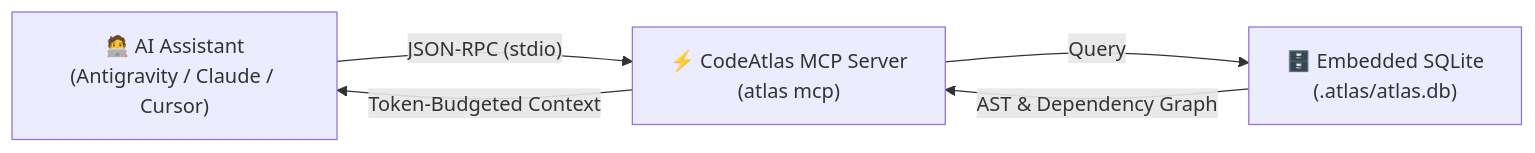
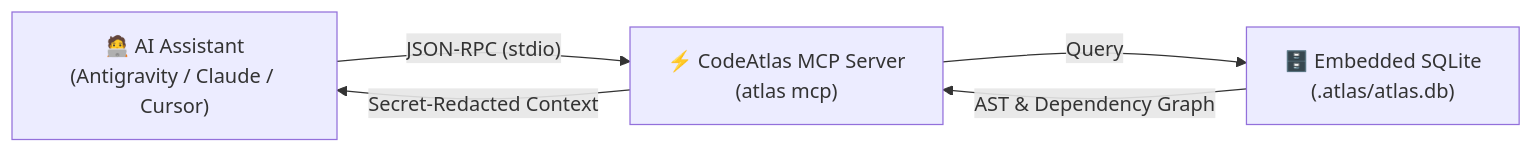
Before and after one commit to shditz/codeatlas: the diagram in apps/docs/guide/mcp.md, drawn with Mermaid. The commit also changed other lines of this file and 95 other files, not shown here.

````diff
--- a/apps/docs/guide/mcp.md
+++ b/apps/docs/guide/mcp.md
@@ -11,7 +11,7 @@
 ```mermaid
 flowchart LR
     A["🧑‍💻 AI Assistant<br/>(Antigravity / Claude / Cursor)"] -- "JSON-RPC (stdio)" --> B["⚡ CodeAtlas MCP Server<br/>(atlas mcp)"]
     B -- "Query" --> C["🗄️ Embedded SQLite<br/>(.atlas/atlas.db)"]
     C -- "AST & Dependency Graph" --> B
-    B -- "Token-Budgeted Context" --> A
+    B -- "Secret-Redacted Context" --> A
 ```
````
